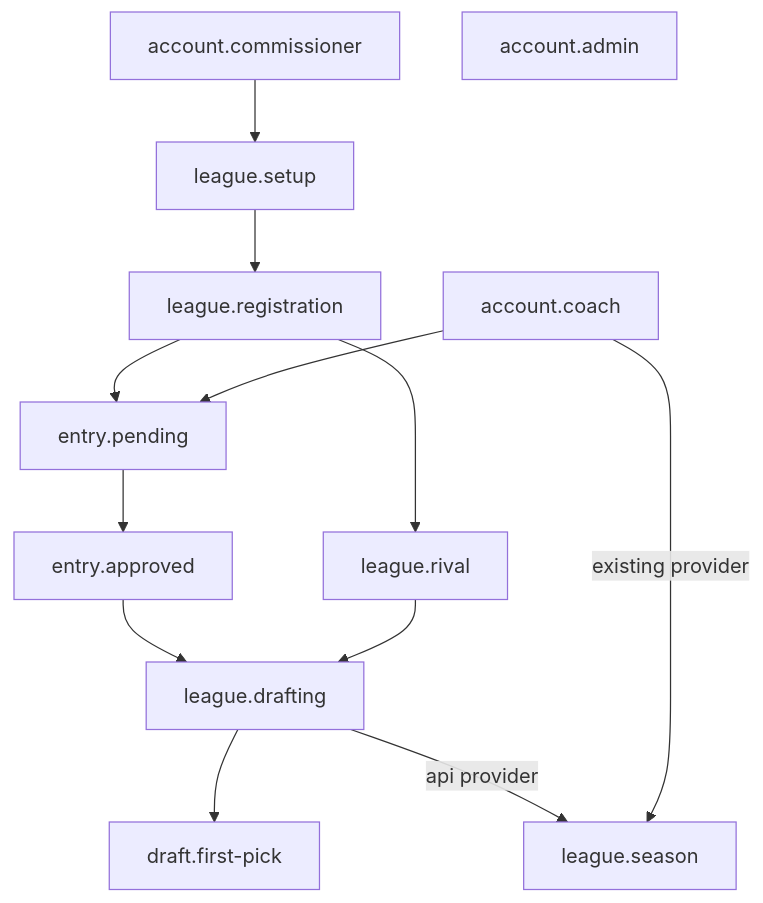
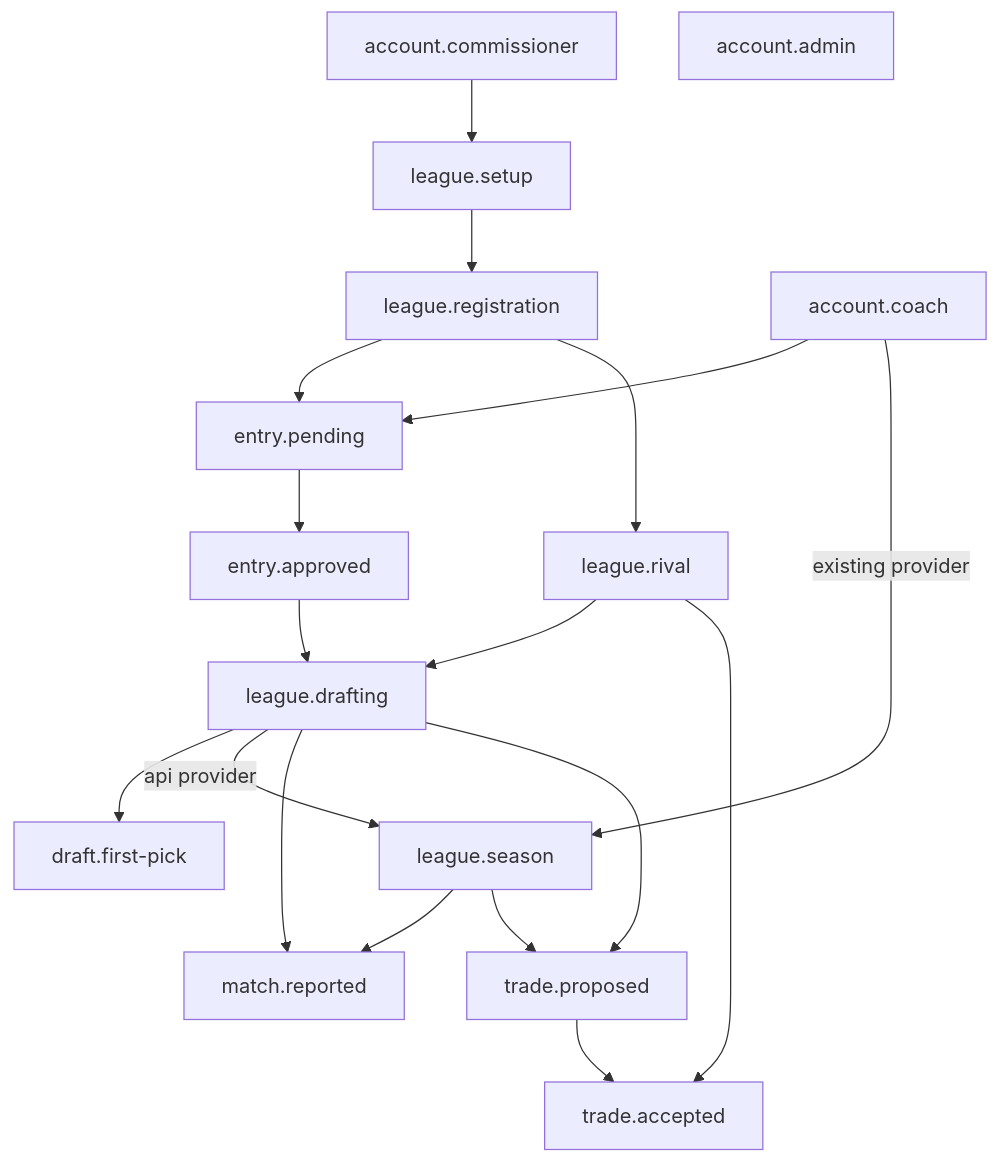
Before and after one commit to SabeehAzam123/draftdex-qa-framework: the diagram in docs/PREREQ_ENGINE.md, drawn with Mermaid. The commit also changed 21 other files, not shown here.

````diff
--- a/docs/PREREQ_ENGINE.md
+++ b/docs/PREREQ_ENGINE.md
@@ -27,15 +27,21 @@
 ```mermaid
 graph TD
   commissioner[account.commissioner] --> setup[league.setup]
   setup --> registration[league.registration]
   registration --> pending[entry.pending]
   coach[account.coach] --> pending
   pending --> approved[entry.approved]
   registration --> rival[league.rival]
   approved --> drafting[league.drafting]
   rival --> drafting
   drafting --> first[draft.first-pick]
   drafting -->|api provider| season[league.season]
   coach -->|existing provider| season
+  season --> reported[match.reported]
+  drafting --> reported
+  season --> proposed[trade.proposed]
+  drafting --> proposed
+  proposed --> accepted[trade.accepted]
+  rival --> accepted
   admin[account.admin]
 ```
````
